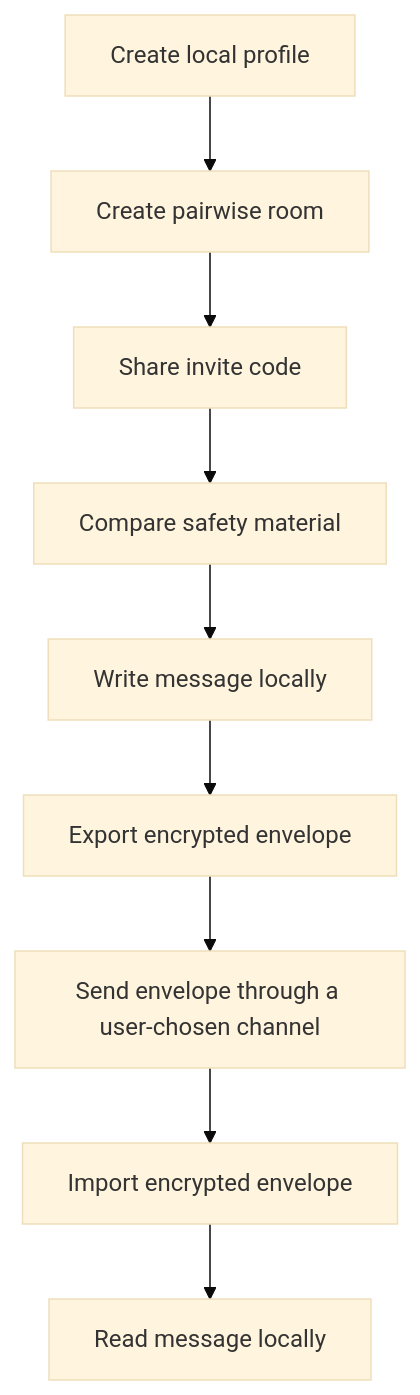
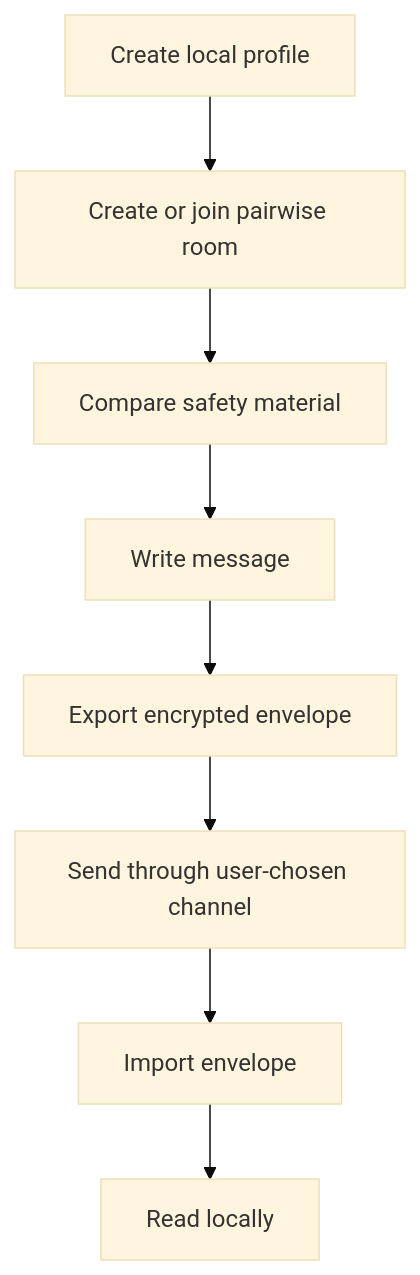
The diagram in README.md (answndud/another-dimension-chat), drawn with Mermaid (base theme) before and after one commit. The commit also changed other lines of this file and 1 other file, not shown here.

````diff
--- a/README.md
+++ b/README.md
@@ -105,11 +89,10 @@
 ```mermaid
 flowchart TD
-  A["Create local profile"] --> B["Create pairwise room"]
-  B --> C["Share invite code"]
-  C --> D["Compare safety material"]
-  D --> E["Write message locally"]
-  E --> F["Export encrypted envelope"]
-  F --> G["Send envelope through a user-chosen channel"]
-  G --> H["Import encrypted envelope"]
-  H --> I["Read message locally"]
+  A["Create local profile"] --> B["Create or join pairwise room"]
+  B --> C["Compare safety material"]
+  C --> D["Write message"]
+  D --> E["Export encrypted envelope"]
+  E --> F["Send through user-chosen channel"]
+  F --> G["Import envelope"]
+  G --> H["Read locally"]
 ```
````
